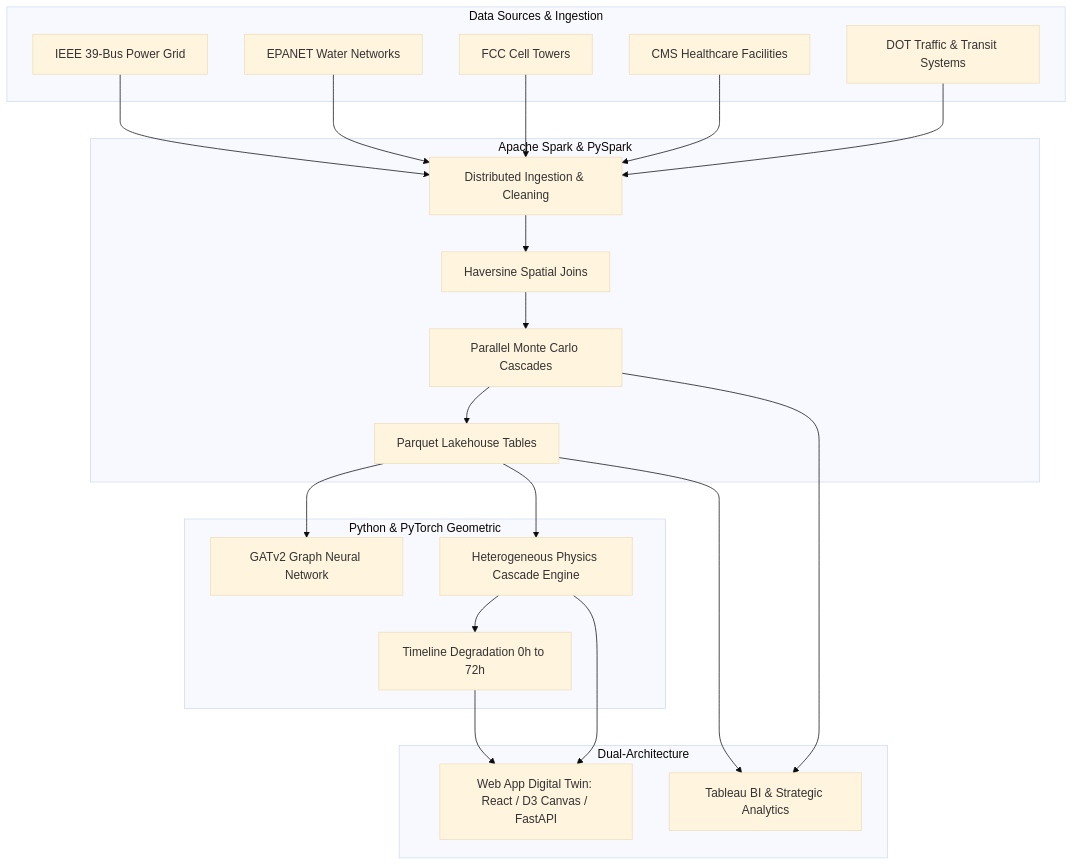
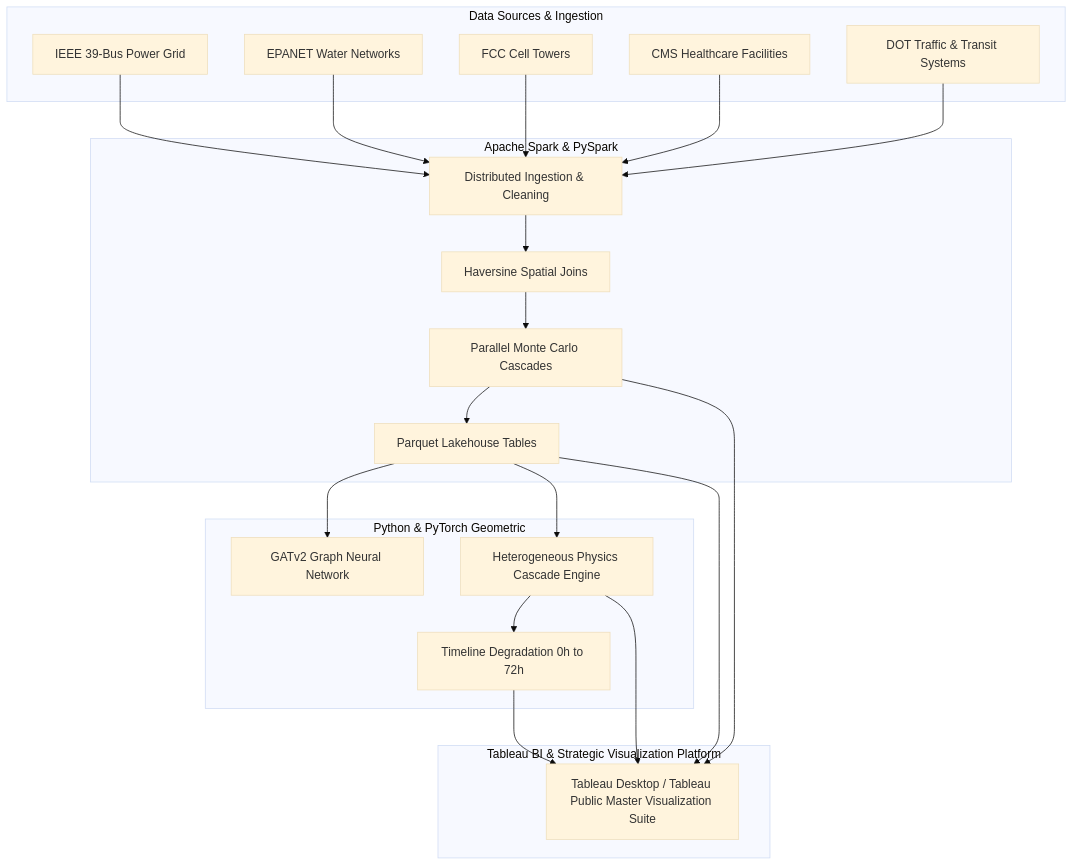
One commit to sumitsinha09-stack/GridX changed the diagram in GridX_System_Architecture_and_Implementation_Report.md. Above: the diagram before and after it, drawn with Mermaid (base theme). The commit also changed other lines of this file and 2 other files, not shown here.

Commit message:
docs: establish Tableau as the sole official visualization platform

````diff
--- a/GridX_System_Architecture_and_Implementation_Report.md
+++ b/GridX_System_Architecture_and_Implementation_Report.md
@@ -12,35 +12,34 @@
 ```mermaid
 flowchart TD
     subgraph Data Sources & Ingestion
         A1[IEEE 39-Bus Power Grid]
         A2[EPANET Water Networks]
         A3[FCC Cell Towers]
         A4[CMS Healthcare Facilities]
         A5[DOT Traffic & Transit Systems]
     end
 
     subgraph Big Data Lakehouse [Apache Spark & PySpark]
         B1[Distributed Ingestion & Cleaning]
         B2[Haversine Spatial Joins]
         B3[Parallel Monte Carlo Cascades]
         B4[Parquet Lakehouse Tables]
     end
 
     subgraph Modeling & Simulation [Python & PyTorch Geometric]
         C1[GATv2 Graph Neural Network]
         C2[Heterogeneous Physics Cascade Engine]
         C3[Timeline Degradation 0h to 72h]
     end
 
-    subgraph Visualization Tier [Dual-Architecture]
-        D1[Tableau BI & Strategic Analytics]
-        D2[Web App Digital Twin: React / D3 Canvas / FastAPI]
+    subgraph Visualization Tier [Tableau BI & Strategic Visualization Platform]
+        D1[Tableau Desktop / Tableau Public Master Visualization Suite]
     end
 
     A1 & A2 & A3 & A4 & A5 --> B1
     B1 --> B2 --> B3 --> B4
     B4 --> C1 & C2
     C2 --> C3
     B4 & B3 --> D1
-    C2 & C3 --> D2
+    C2 & C3 --> D1
 ```
````
